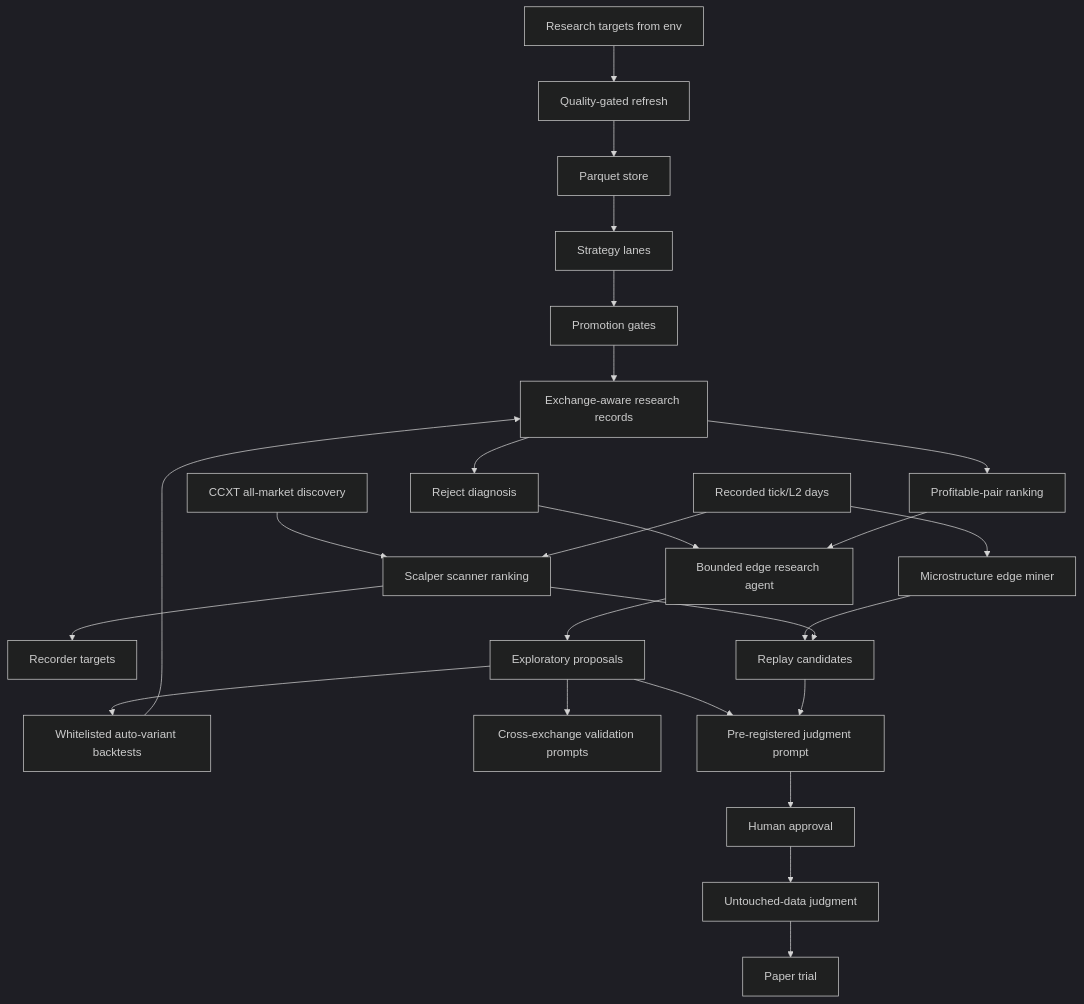
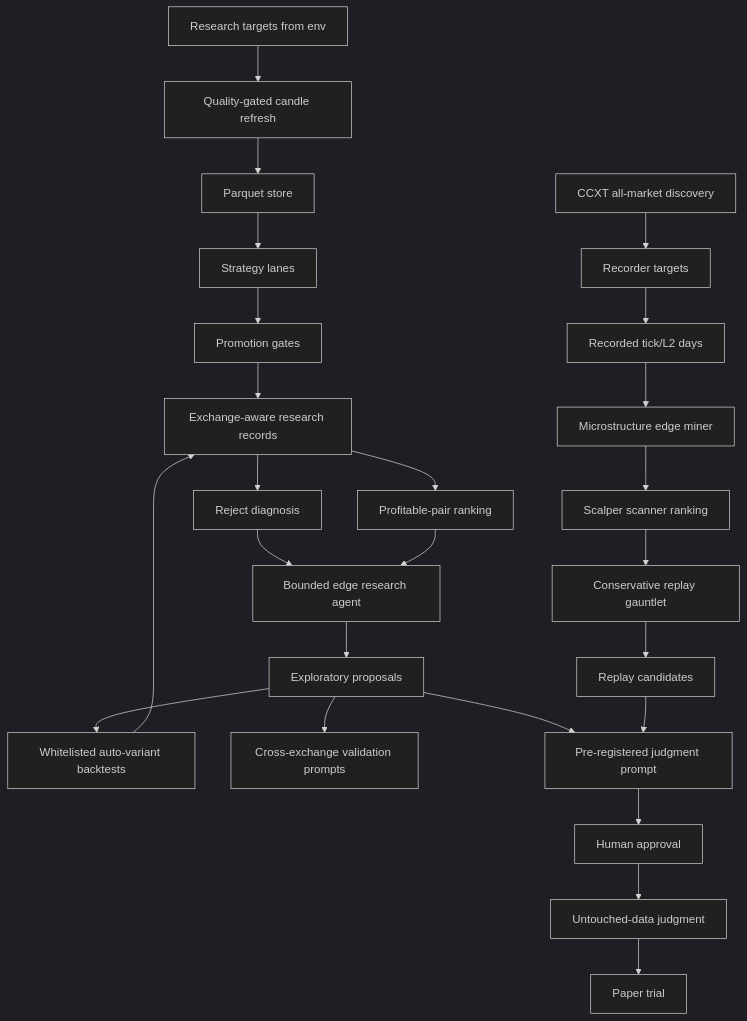
Before and after one commit to vikkl1990/vnedge: the fourth of 6 diagrams in docs/ARCHITECTURE_FLOW.md, drawn with Mermaid (dark theme). The commit also changed other lines of this file and 3 other files, not shown here.

Commit message:
Correct scalper research flow

````diff
--- a/docs/ARCHITECTURE_FLOW.md
+++ b/docs/ARCHITECTURE_FLOW.md
@@ -145,27 +157,27 @@
 ```mermaid
 flowchart TB
-    Targets["Research targets from env"] --> Refresh["Quality-gated refresh"]
-    MarketDiscovery["CCXT all-market discovery"] --> ScalpScan
+    Targets["Research targets from env"] --> Refresh["Quality-gated candle refresh"]
+    MarketDiscovery["CCXT all-market discovery"] --> RecorderTargets
     Refresh --> Store["Parquet store"]
     Store --> Lanes["Strategy lanes"]
     Lanes --> Gates["Promotion gates"]
     Gates --> Records["Exchange-aware research records"]
     Records --> Profitable["Profitable-pair ranking"]
-    TickData["Recorded tick/L2 days"] --> ScalpScan["Scalper scanner ranking"]
-    ScalpScan --> RecorderTargets["Recorder targets"]
+    RecorderTargets["Recorder targets"] --> TickData["Recorded tick/L2 days"]
     TickData --> EdgeMiner["Microstructure edge miner"]
-    EdgeMiner --> ReplayCandidates
-    ScalpScan --> ReplayCandidates["Replay candidates"]
+    EdgeMiner --> ScalpScan["Scalper scanner ranking"]
+    ScalpScan --> Replay["Conservative replay gauntlet"]
+    Replay --> ReplayCandidates["Replay candidates"]
     Records --> Diagnosis["Reject diagnosis"]
     Diagnosis --> Agent["Bounded edge research agent"]
     Profitable --> Agent
     Agent --> Proposals["Exploratory proposals"]
     Proposals --> Variants["Whitelisted auto-variant backtests"]
     Proposals --> CrossVenue["Cross-exchange validation prompts"]
     Proposals --> JudgmentPrompt["Pre-registered judgment prompt"]
     ReplayCandidates --> JudgmentPrompt
     Variants --> Records
     JudgmentPrompt --> Human["Human approval"]
     Human --> Untouched["Untouched-data judgment"]
     Untouched --> Paper["Paper trial"]
 ```
````
